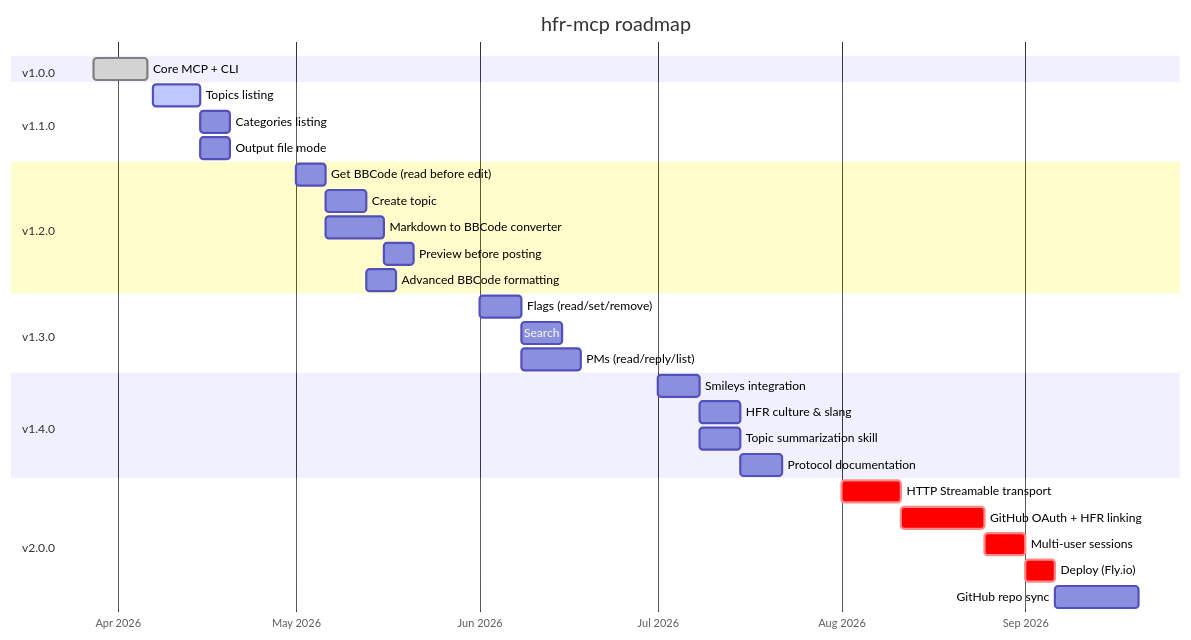
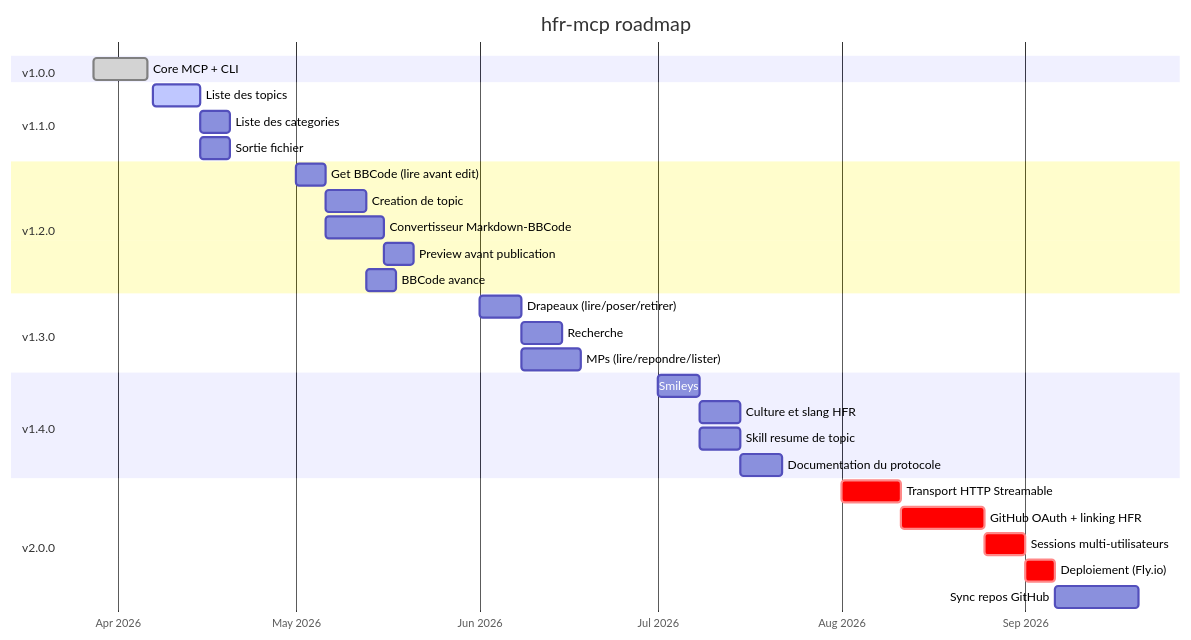
The diagram in README.md (XaaT/hfr-mcp), drawn with Mermaid before and after one commit. The commit also changed other lines of this file, not shown here.

First line of the commit message:
docs: rewrite README in French with Mermaid roadmap

````diff
--- a/README.md
+++ b/README.md
@@ -133,39 +133,39 @@
 ```mermaid
 gantt
     title hfr-mcp roadmap
     dateFormat YYYY-MM-DD
     axisFormat %b %Y
 
     section v1.0.0
     Core MCP + CLI               :done, v100, 2026-03-28, 2026-04-06
 
     section v1.1.0
-    Topics listing               :active, v110a, 2026-04-07, 2026-04-15
-    Categories listing           :v110b, after v110a, 5d
-    Output file mode             :v110c, after v110a, 5d
+    Liste des topics             :active, v110a, 2026-04-07, 2026-04-15
+    Liste des categories         :v110b, after v110a, 5d
+    Sortie fichier               :v110c, after v110a, 5d
 
     section v1.2.0
-    Get BBCode (read before edit):v120a, 2026-05-01, 5d
-    Create topic                 :v120b, after v120a, 7d
-    Markdown to BBCode converter :v120c, after v120a, 10d
-    Preview before posting       :v120d, after v120c, 5d
-    Advanced BBCode formatting   :v120e, after v120b, 5d
+    Get BBCode (lire avant edit) :v120a, 2026-05-01, 5d
+    Creation de topic            :v120b, after v120a, 7d
+    Convertisseur Markdown-BBCode:v120c, after v120a, 10d
+    Preview avant publication    :v120d, after v120c, 5d
+    BBCode avance                :v120e, after v120b, 5d
 
     section v1.3.0
-    Flags (read/set/remove)      :v130a, 2026-06-01, 7d
-    Search                       :v130b, after v130a, 7d
-    PMs (read/reply/list)        :v130c, after v130a, 10d
+    Drapeaux (lire/poser/retirer):v130a, 2026-06-01, 7d
+    Recherche                    :v130b, after v130a, 7d
+    MPs (lire/repondre/lister)   :v130c, after v130a, 10d
 
     section v1.4.0
-    Smileys integration          :v140a, 2026-07-01, 7d
-    HFR culture & slang          :v140b, after v140a, 7d
-    Topic summarization skill    :v140c, after v140a, 7d
-    Protocol documentation       :v140d, after v140b, 7d
+    Smileys                      :v140a, 2026-07-01, 7d
+    Culture et slang HFR         :v140b, after v140a, 7d
+    Skill resume de topic        :v140c, after v140a, 7d
+    Documentation du protocole   :v140d, after v140b, 7d
 
     section v2.0.0
-    HTTP Streamable transport    :crit, v200a, 2026-08-01, 10d
-    GitHub OAuth + HFR linking   :crit, v200b, after v200a, 14d
-    Multi-user sessions          :crit, v200c, after v200b, 7d
-    Deploy (Fly.io)              :crit, v200d, after v200c, 5d
-    GitHub repo sync             :v200e, after v200d, 14d
+    Transport HTTP Streamable    :crit, v200a, 2026-08-01, 10d
+    GitHub OAuth + linking HFR   :crit, v200b, after v200a, 14d
+    Sessions multi-utilisateurs  :crit, v200c, after v200b, 7d
+    Deploiement (Fly.io)         :crit, v200d, after v200c, 5d
+    Sync repos GitHub            :v200e, after v200d, 14d
 ```
````
